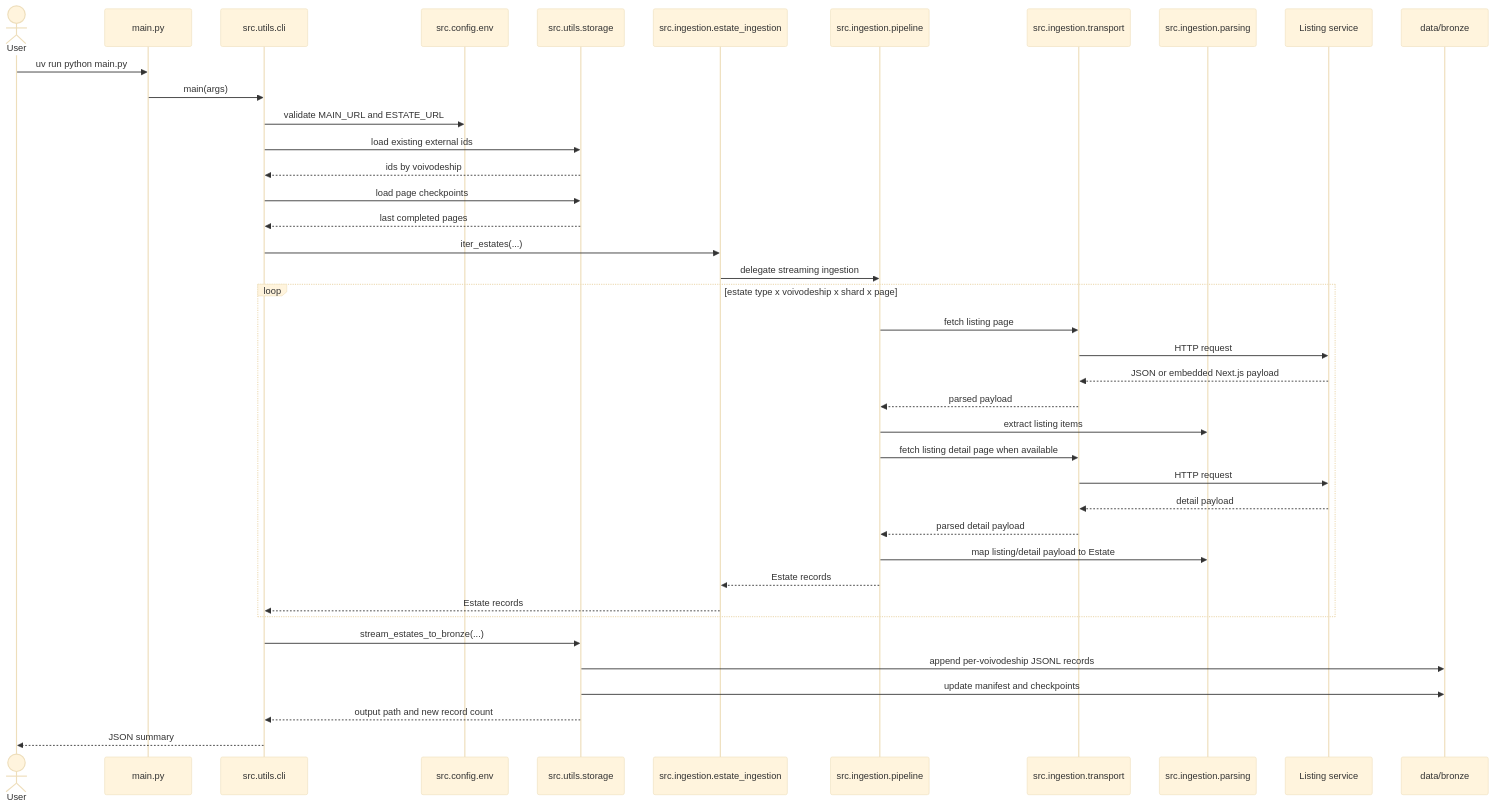
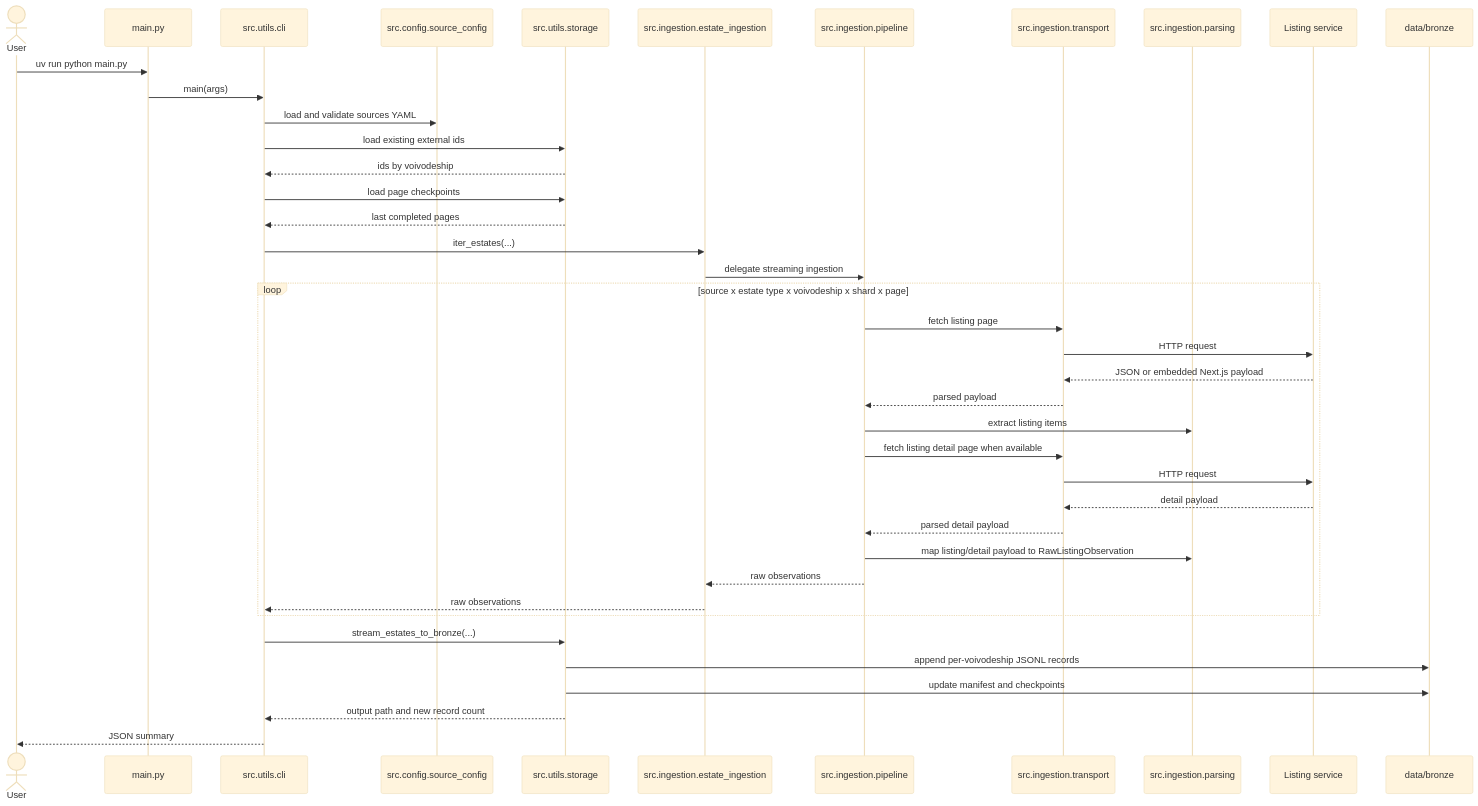
The diagram in docs/ingestion-sequence.md (bi3lu/polish-real-estate-price-aggregates), drawn with Mermaid (base theme) before and after one commit. The commit also changed 29 other files, not shown here.

Commit message:
Add neutral models, add config loader, add multiple sources for cli and pipeline

````diff
--- a/docs/ingestion-sequence.md
+++ b/docs/ingestion-sequence.md
@@ -3,45 +3,45 @@
 ```mermaid
 sequenceDiagram
     actor User
     participant Main as main.py
     participant CLI as src.utils.cli
-    participant Env as src.config.env
+    participant Config as src.config.source_config
     participant Store as src.utils.storage
     participant Facade as src.ingestion.estate_ingestion
     participant Pipeline as src.ingestion.pipeline
     participant Transport as src.ingestion.transport
     participant Parsing as src.ingestion.parsing
     participant Source as Listing service
     participant Bronze as data/bronze
 
     User->>Main: uv run python main.py
     Main->>CLI: main(args)
-    CLI->>Env: validate MAIN_URL and ESTATE_URL
+    CLI->>Config: load and validate sources YAML
     CLI->>Store: load existing external ids
     Store-->>CLI: ids by voivodeship
     CLI->>Store: load page checkpoints
     Store-->>CLI: last completed pages
     CLI->>Facade: iter_estates(...)
     Facade->>Pipeline: delegate streaming ingestion
 
-    loop estate type x voivodeship x shard x page
+    loop source x estate type x voivodeship x shard x page
         Pipeline->>Transport: fetch listing page
         Transport->>Source: HTTP request
         Source-->>Transport: JSON or embedded Next.js payload
         Transport-->>Pipeline: parsed payload
         Pipeline->>Parsing: extract listing items
         Pipeline->>Transport: fetch listing detail page when available
         Transport->>Source: HTTP request
         Source-->>Transport: detail payload
         Transport-->>Pipeline: parsed detail payload
-        Pipeline->>Parsing: map listing/detail payload to Estate
-        Pipeline-->>Facade: Estate records
-        Facade-->>CLI: Estate records
+        Pipeline->>Parsing: map listing/detail payload to RawListingObservation
+        Pipeline-->>Facade: raw observations
+        Facade-->>CLI: raw observations
     end
 
     CLI->>Store: stream_estates_to_bronze(...)
     Store->>Bronze: append per-voivodeship JSONL records
     Store->>Bronze: update manifest and checkpoints
     Store-->>CLI: output path and new record count
     CLI-->>User: JSON summary
 ```
````
